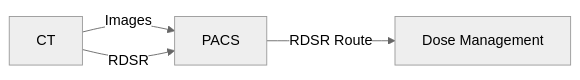
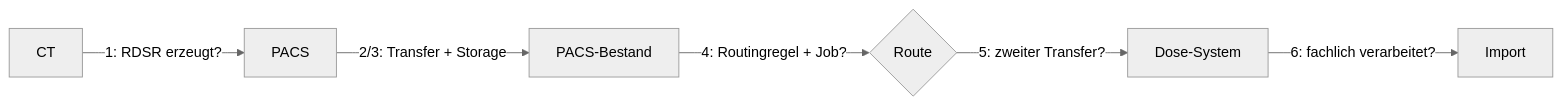
One commit to ley338-gif/DCMLab changed the diagram in content/lessons/3.8/de.md. Above: the diagram before and after it, drawn with Mermaid (neutral theme). The commit also changed other lines of this file and 4 other files, not shown here.

````diff
--- a/content/lessons/3.8/de.md
+++ b/content/lessons/3.8/de.md
@@ -54,6 +346,8 @@
 ```mermaid
 graph LR
-    CT[CT] -->|Images| PACS[PACS]
-    CT -->|RDSR| PACS
-    PACS -->|RDSR Route| DOSE[Dose Management]
+    CT[CT] -->|1: RDSR erzeugt?| PACS
+    PACS -->|2/3: Transfer + Storage| PACS2[PACS-Bestand]
+    PACS2 -->|4: Routingregel + Job?| ROUTE{Route}
+    ROUTE -->|5: zweiter Transfer?| DOSE[Dose-System]
+    DOSE -->|6: fachlich verarbeitet?| DONE[Import]
 ```
````
